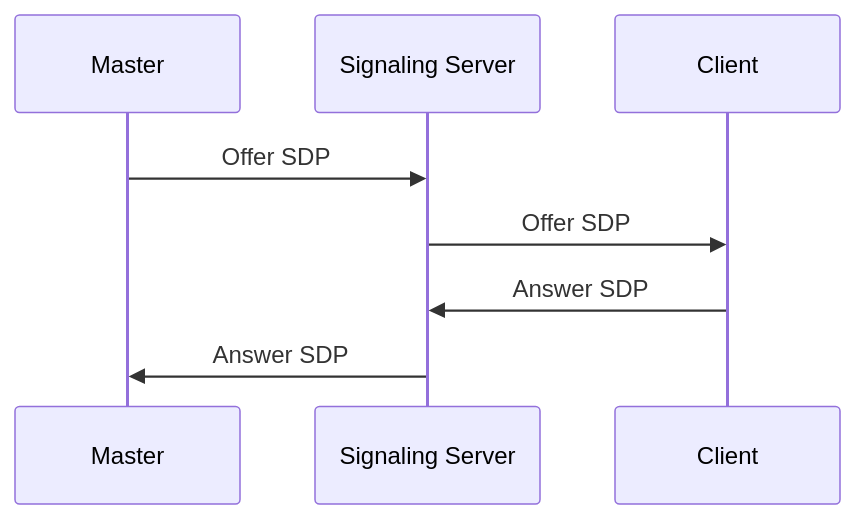
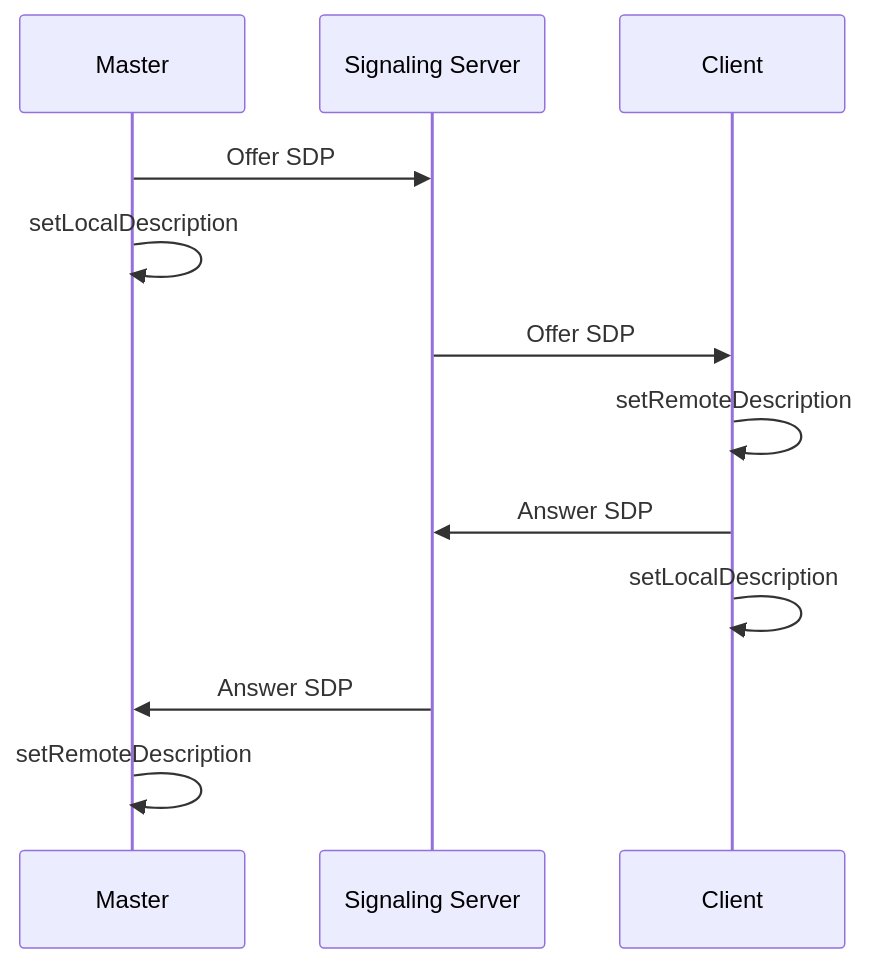
Before and after one commit to lankahsu520/HelperX: the ninth of 9 diagrams in helper_WebRTC.md, drawn with Mermaid. The commit also changed other lines of this file, not shown here.

````diff
--- a/helper_WebRTC.md
+++ b/helper_WebRTC.md
@@ -305,11 +318,15 @@
 ```mermaid
 sequenceDiagram
 	participant Master as Master
 	participant Signaling as Signaling Server
 	participant Client as Client
 
 	Master->>Signaling: Offer SDP
+	Master->>Master: setLocalDescription
 	Signaling->>Client: Offer SDP
+	Client->>Client: setRemoteDescription
 	Client->>Signaling: Answer SDP
+	Client->>Client: setLocalDescription
 	Signaling->>Master: Answer SDP
+	Master->>Master: setRemoteDescription
 ```
````
